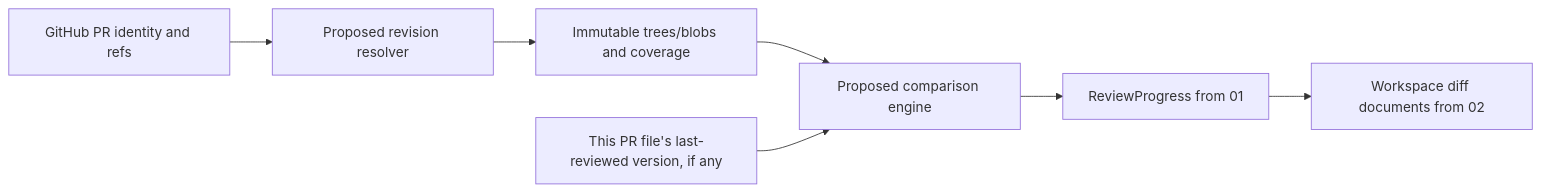
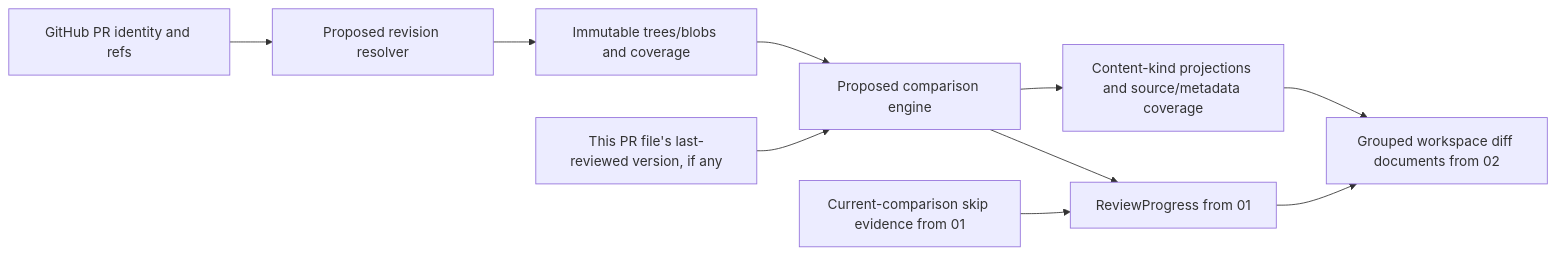
The diagram in Plans/2026-11-14-mobius/03-github-and-revision-comparison.md (kyleve/Stuff), drawn with Mermaid before and after one commit. The commit also changed other lines of this file and 6 other files, not shown here.

Commit message:
docs(Mobius): plan grouped diffs and explicit PR skips

````diff
--- a/Plans/2026-11-14-mobius/03-github-and-revision-comparison.md
+++ b/Plans/2026-11-14-mobius/03-github-and-revision-comparison.md
@@ -30,9 +34,12 @@
 ```mermaid
 flowchart LR
     PR["GitHub PR identity and refs"] --> Resolve["Proposed revision resolver"]
     Resolve --> Snapshot["Immutable trees/blobs and coverage"]
     Snapshot --> Diff["Proposed comparison engine"]
     Baseline["This PR file's last-reviewed version, if any"] --> Diff
     Diff --> Progress["ReviewProgress from 01"]
-    Progress --> UI["Workspace diff documents from 02"]
+    Skips["Current-comparison skip evidence from 01"] --> Progress
+    Diff --> Projection["Content-kind projections and source/metadata coverage"]
+    Progress --> UI["Grouped workspace diff documents from 02"]
+    Projection --> UI
 ```
````
